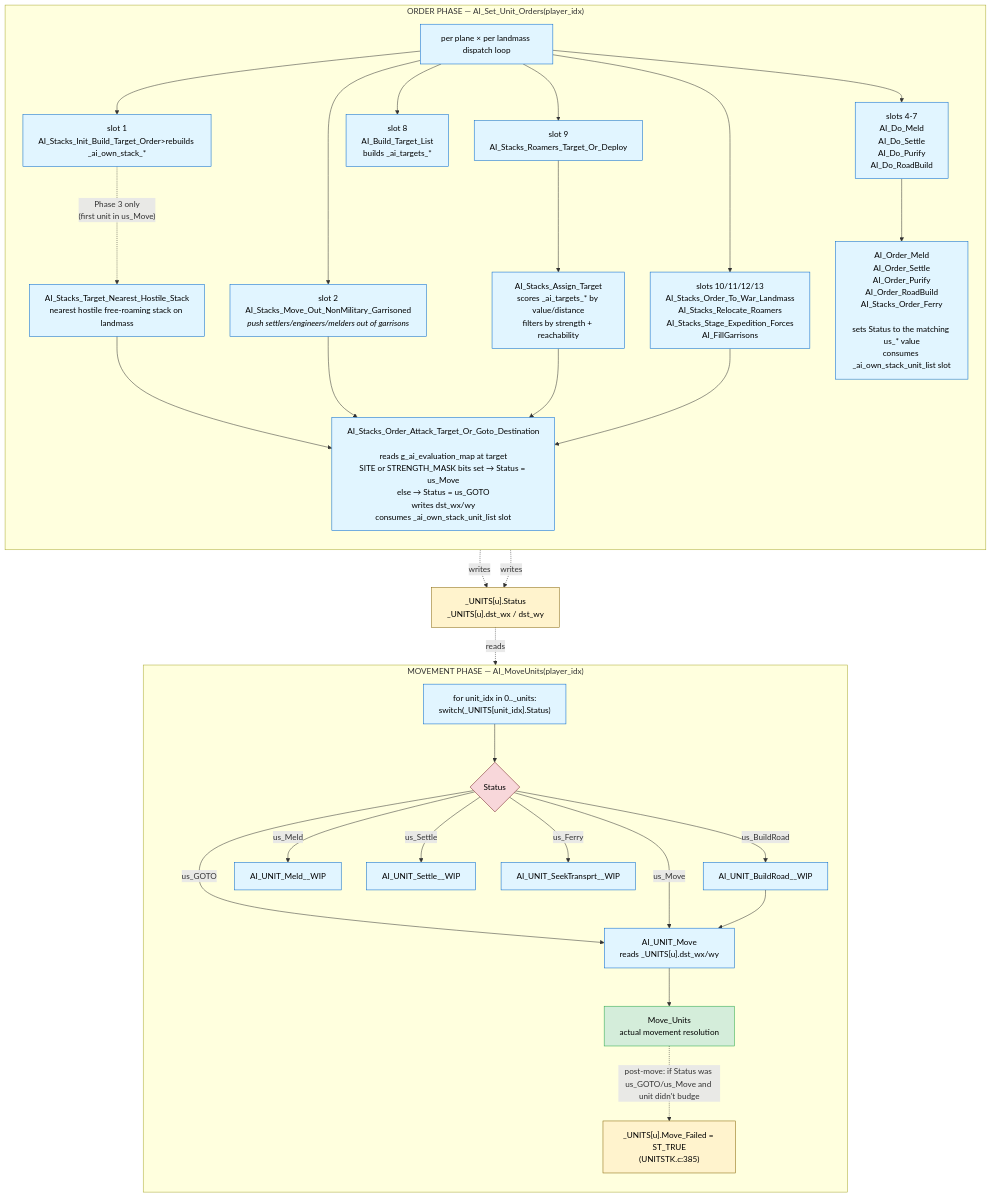
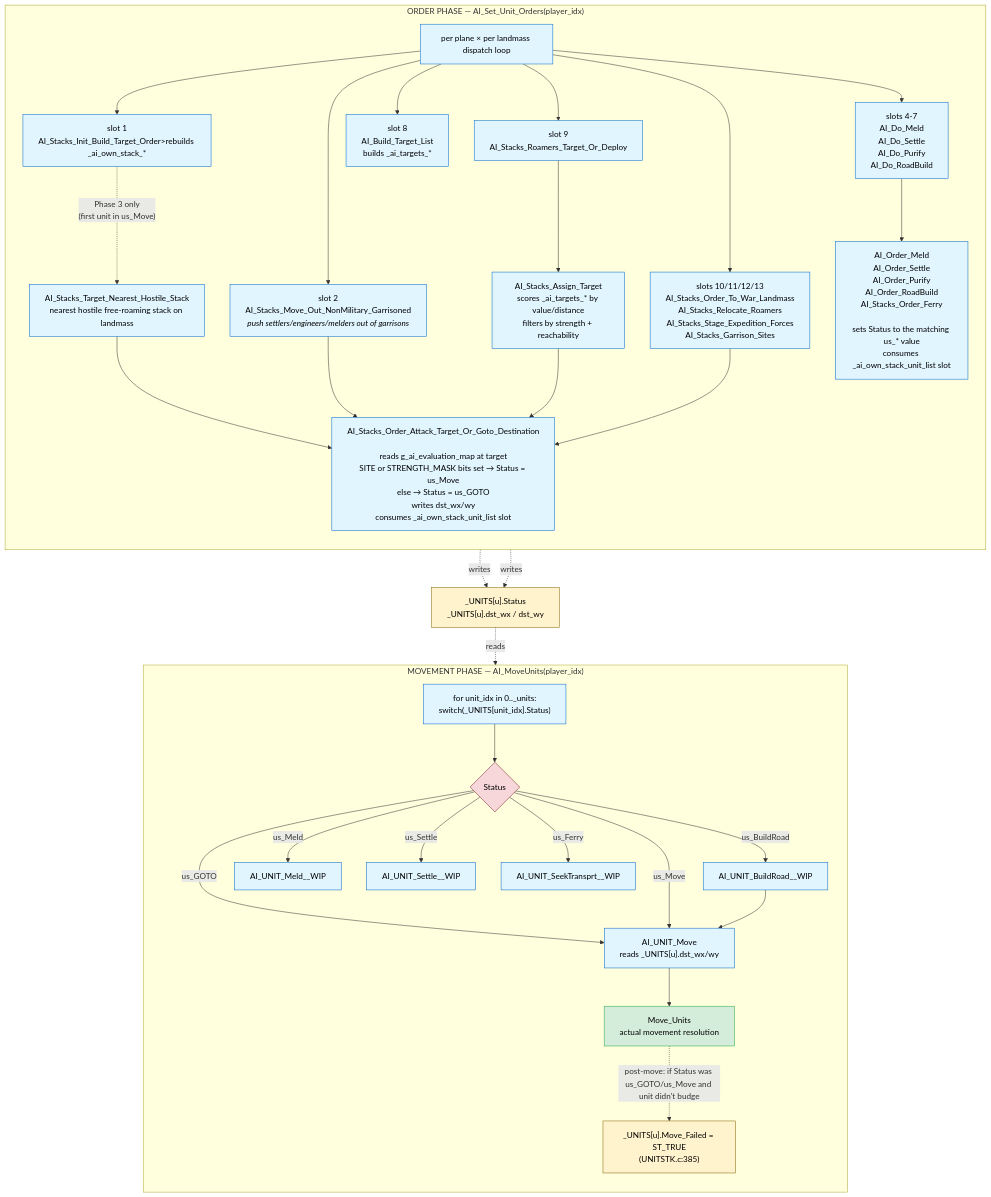
Before and after one commit to jbalcomb/ReMoM: the second of 3 diagrams in doc/ComputerPlayer/AI-Turn-Diagrams.md, drawn with Mermaid. The commit also changed 15 other files, not shown here.

Commit message:
done-done AI_Stacks_Garrison_Sites

````diff
--- a/doc/ComputerPlayer/AI-Turn-Diagrams.md
+++ b/doc/ComputerPlayer/AI-Turn-Diagrams.md
@@ -39,56 +39,56 @@
 ```mermaid
 flowchart TD
     classDef phase fill:#f5f5f5,stroke:#666,stroke-width:2px,color:#000
     classDef func fill:#e1f5ff,stroke:#0066cc,color:#000
     classDef state fill:#fff3cd,stroke:#856404,color:#000
     classDef terminal fill:#d4edda,stroke:#28a745,color:#000
     classDef gate fill:#f8d7da,stroke:#721c24,color:#000
 
     subgraph PhaseOrders["ORDER PHASE — AI_Set_Unit_Orders(player_idx)"]
         direction TB
         Dispatch["per plane × per landmass dispatch loop"]:::func
 
         Dispatch --> Slot1["slot 1<br/>AI_Stacks_Init_Build_Target_Order>rebuilds _ai_own_stack_*</i>"]:::func
         Dispatch --> Slot2["slot 2<br/>AI_Stacks_Move_Out_NonMilitary_Garrisoned<br/><i>push settlers/engineers/melders out of garrisons</i>"]:::func
         Dispatch --> Slots4_7["slots 4-7<br/>AI_Do_Meld<br/>AI_Do_Settle<br/>AI_Do_Purify<br/>AI_Do_RoadBuild"]:::func
         Dispatch --> Slot8["slot 8<br/>AI_Build_Target_List<br/>builds _ai_targets_*"]:::func
         Dispatch --> Slot9["slot 9<br/>AI_Stacks_Roamers_Target_Or_Deploy"]:::func
-        Dispatch --> SlotsRally["slots 10/11/12/13<br/>AI_Stacks_Order_To_War_Landmass<br/>AI_Stacks_Relocate_Roamers<br/>AI_Stacks_Stage_Expedition_Forces<br/>AI_FillGarrisons"]:::func
+        Dispatch --> SlotsRally["slots 10/11/12/13<br/>AI_Stacks_Order_To_War_Landmass<br/>AI_Stacks_Relocate_Roamers<br/>AI_Stacks_Stage_Expedition_Forces<br/>AI_Stacks_Garrison_Sites"]:::func
 
         Slot1 -. "Phase 3 only<br/>(first unit in us_Move)" .-> FindNearest["AI_Stacks_Target_Nearest_Hostile_Stack<br/>nearest hostile free-roaming stack on landmass"]:::func
         FindNearest --> SetTgt
 
         Slot2 --> SetTgt
         Slot9 --> AssignTgt["AI_Stacks_Assign_Target<br/>scores _ai_targets_* by value/distance<br/>filters by strength + reachability"]:::func
         AssignTgt --> SetTgt
         SlotsRally --> SetTgt
 
         SetTgt["AI_Stacks_Order_Attack_Target_Or_Goto_Destination<br/><br/>reads g_ai_evaluation_map at target<br/>SITE or STRENGTH_MASK bits set → Status = us_Move<br/>else → Status = us_GOTO<br/>writes dst_wx/wy<br/>consumes _ai_own_stack_unit_list slot"]:::func
 
         Slots4_7 --> OrderXxx["AI_Order_Meld<br/>AI_Order_Settle<br/>AI_Order_Purify<br/>AI_Order_RoadBuild<br/>AI_Stacks_Order_Ferry<br/><br/>sets Status to the matching us_* value<br/>consumes _ai_own_stack_unit_list slot"]:::func
     end
 
     SetTgt -. "writes" .-> UnitFields
     OrderXxx -. "writes" .-> UnitFields
 
     UnitFields["_UNITS[u].Status<br/>_UNITS[u].dst_wx / dst_wy"]:::state
 
     subgraph PhaseMove["MOVEMENT PHASE — AI_MoveUnits(player_idx)"]
         direction TB
         MoveLoop["for unit_idx in 0.._units:<br/>switch(_UNITS[unit_idx].Status)"]:::func
         MoveLoop --> StatusGate{Status}:::gate
         StatusGate -- "us_GOTO" --> UnitMove
         StatusGate -- "us_Move" --> UnitMove
         StatusGate -- "us_BuildRoad" --> BuildRoad["AI_UNIT_BuildRoad__WIP"]:::func
         BuildRoad --> UnitMove
         StatusGate -- "us_Meld" --> UnitMeld["AI_UNIT_Meld__WIP"]:::func
         StatusGate -- "us_Settle" --> UnitSettle["AI_UNIT_Settle__WIP"]:::func
         StatusGate -- "us_Ferry" --> UnitSeek["AI_UNIT_SeekTransprt__WIP"]:::func
 
         UnitMove["AI_UNIT_Move<br/>reads _UNITS[u].dst_wx/wy"]:::func --> MoveUnits["Move_Units<br/>actual movement resolution"]:::terminal
 
         MoveUnits -. "post-move: if Status was us_GOTO/us_Move and unit didn't budge" .-> MoveFailed["_UNITS[u].Move_Failed = ST_TRUE<br/>(UNITSTK.c:385)"]:::state
     end
 
     UnitFields -. "reads" .-> MoveLoop
 ```
````
